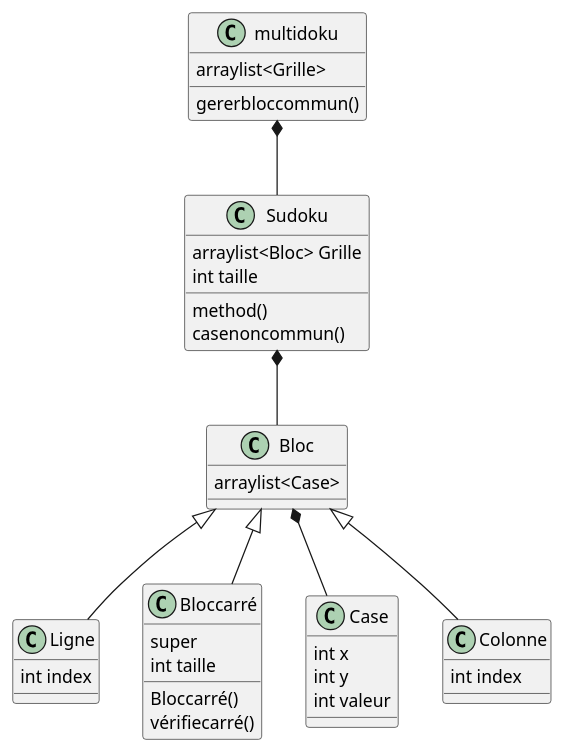
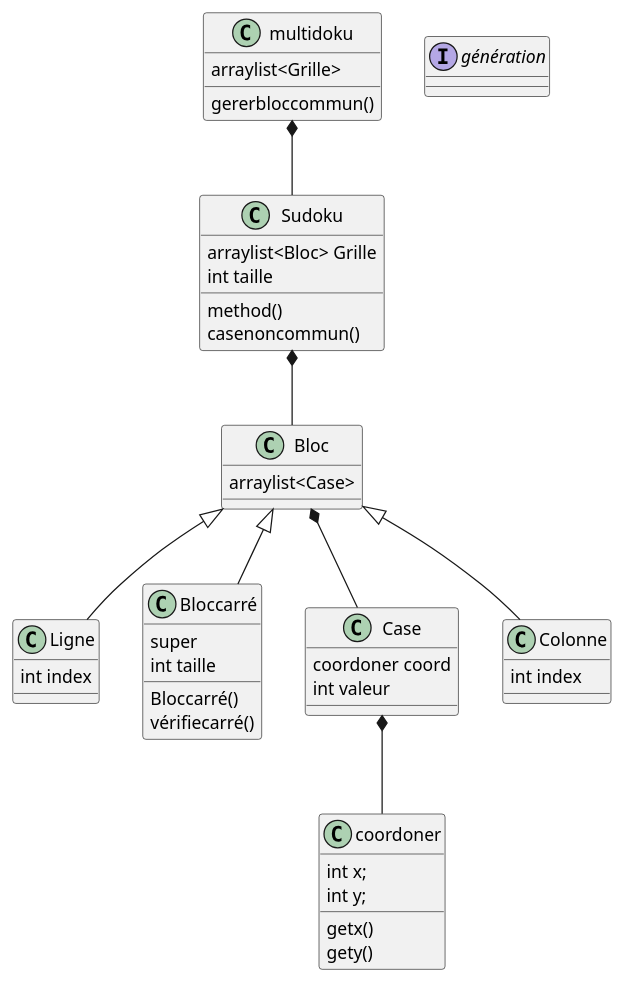
One commit to R0-M1/Sudoku changed the diagram in doc/grillediagram.puml. Above: the diagram before and after it, drawn with PlantUML. The commit also changed 6 other files, not shown here.

Commit message:
tout les petit diagram

```diff
--- a/doc/grillediagram.puml
+++ b/doc/grillediagram.puml
@@ -1,49 +1,58 @@
 @startuml
 'https://plantuml.com/class-diagram
+
 class multidoku{
 arraylist<Grille>
 gererbloccommun()
+}
+interface génération{
+
+}
+class coordoner{
+int x;
+int y;
+getx()
+gety()
 }
  class Sudoku {
 arraylist<Bloc> Grille
 int taille
 method()
 casenoncommun()
 }
 class Bloc {
 arraylist<Case>
 }
 
 class Ligne {
 int index
 }
 
 class Bloccarré {
 super
 int taille
 Bloccarré()
 vérifiecarré()
 
 
 }
 
 multidoku *-- Sudoku
-
+Case *-- coordoner
 Sudoku *-- Bloc
 Bloc *-- Case
 Bloc <|-- Ligne
 Bloc <|-- Colonne
 Bloc <|-- Bloccarré
 
 class Colonne {
 int index
 }
 class Case {
-int x
-int y
+coordoner coord
 int valeur
 
 }
 
 
 @enduml
```
